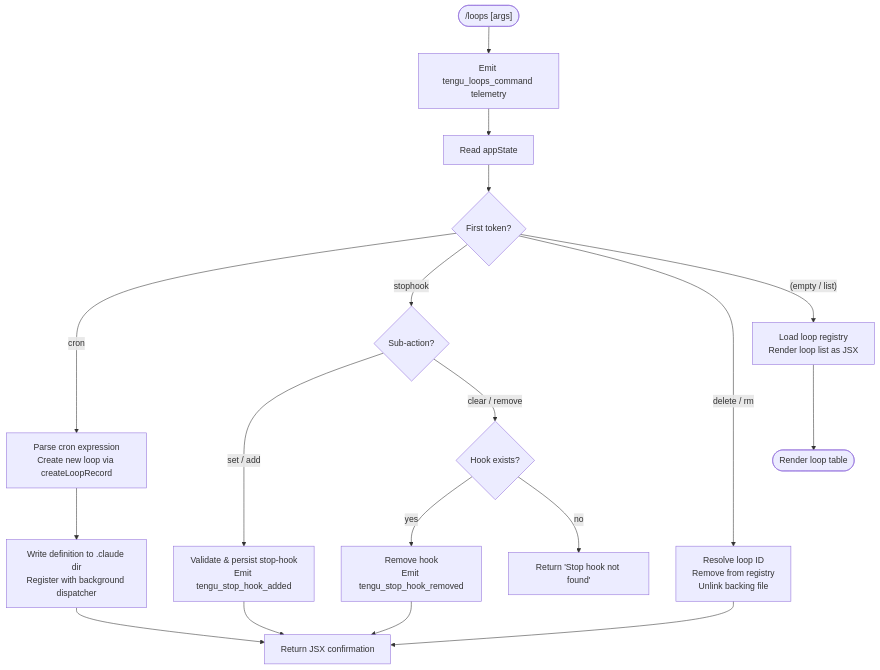
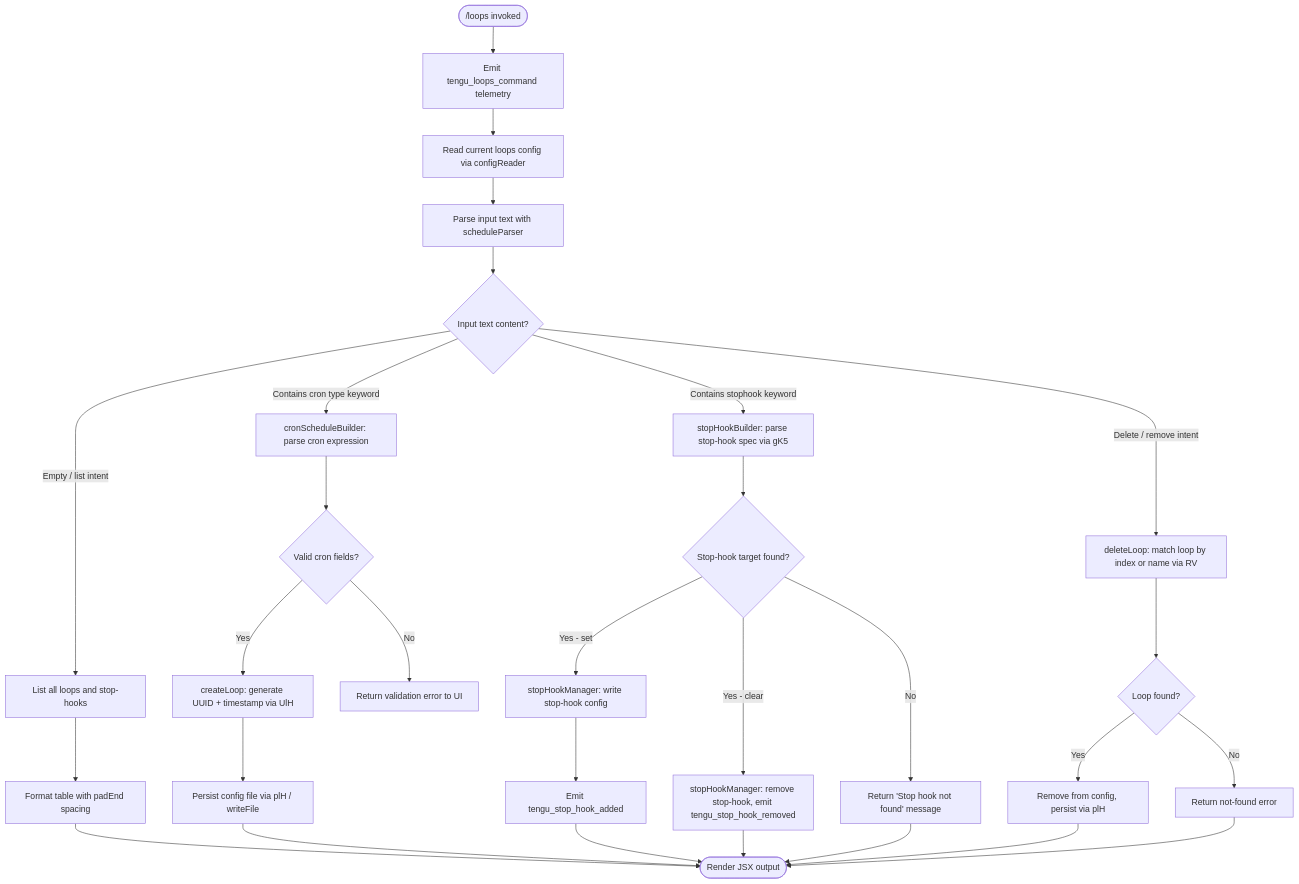
Before and after one commit to MyLittleLuckyDog/cc-gnothi: the diagram in versions/v2.1.153/loops.md, drawn with Mermaid. The commit also changed other lines of this file and 593 other files, not shown here.

````diff
--- a/versions/v2.1.153/loops.md
+++ b/versions/v2.1.153/loops.md
@@ -47,23 +55,35 @@
 ```mermaid
 flowchart TD
-    START(["/loops [args]"]) --> FIRE[Emit tengu_loops_command telemetry]
-    FIRE --> GETSTATE[Read appState]
-    GETSTATE --> CLASSIFY{First token?}
+    A([/loops invoked]) --> B[Emit tengu_loops_command telemetry]
+    B --> C[Read current loops config via configReader]
+    C --> D[Parse input text with scheduleParser]
+    D --> E{Input text content?}
 
-    CLASSIFY -- "cron" --> CRON[Parse cron expression\nCreate new loop via createLoopRecord]
-    CLASSIFY -- "stophook" --> STOPHOOK{Sub-action?}
-    CLASSIFY -- "delete / rm" --> DELETE[Resolve loop ID\nRemove from registry\nUnlink backing file]
-    CLASSIFY -- "(empty / list)" --> LIST[Load loop registry\nRender loop list as JSX]
+    E -->|Empty / list intent| F[List all loops and stop-hooks]
+    F --> G[Format table with padEnd spacing]
+    G --> Z([Render JSX output])
 
-    STOPHOOK -- "set / add" --> SH_SET[Validate & persist stop-hook\nEmit tengu_stop_hook_added]
-    STOPHOOK -- "clear / remove" --> SH_CLR{Hook exists?}
-    SH_CLR -- yes --> SH_RM[Remove hook\nEmit tengu_stop_hook_removed]
-    SH_CLR -- no --> SH_ERR[Return 'Stop hook not found']
+    E -->|Contains cron type keyword| H[cronScheduleBuilder: parse cron expression]
+    H --> I{Valid cron fields?}
+    I -->|Yes| J[createLoop: generate UUID + timestamp via UlH]
+    I -->|No| K[Return validation error to UI]
+    J --> L[Persist config file via plH / writeFile]
+    L --> Z
 
-    CRON --> PERSIST[Write definition to .claude dir\nRegister with background dispatcher]
-    PERSIST --> CONFIRM[Return JSX confirmation]
-    SH_SET --> CONFIRM
-    SH_RM --> CONFIRM
-    DELETE --> CONFIRM
-    LIST --> RENDER([Render loop table])
+    E -->|Contains stophook keyword| M[stopHookBuilder: parse stop-hook spec via gK5]
+    M --> N{Stop-hook target found?}
+    N -->|Yes - set| O[stopHookManager: write stop-hook config]
+    N -->|Yes - clear| P[stopHookManager: remove stop-hook, emit tengu_stop_hook_removed]
+    N -->|No| Q[Return 'Stop hook not found' message]
+    O --> R[Emit tengu_stop_hook_added]
+    R --> Z
+    P --> Z
+    Q --> Z
+
+    E -->|Delete / remove intent| S[deleteLoop: match loop by index or name via RV]
+    S --> T{Loop found?}
+    T -->|Yes| U[Remove from config, persist via plH]
+    T -->|No| V[Return not-found error]
+    U --> Z
+    V --> Z
 ```
````
